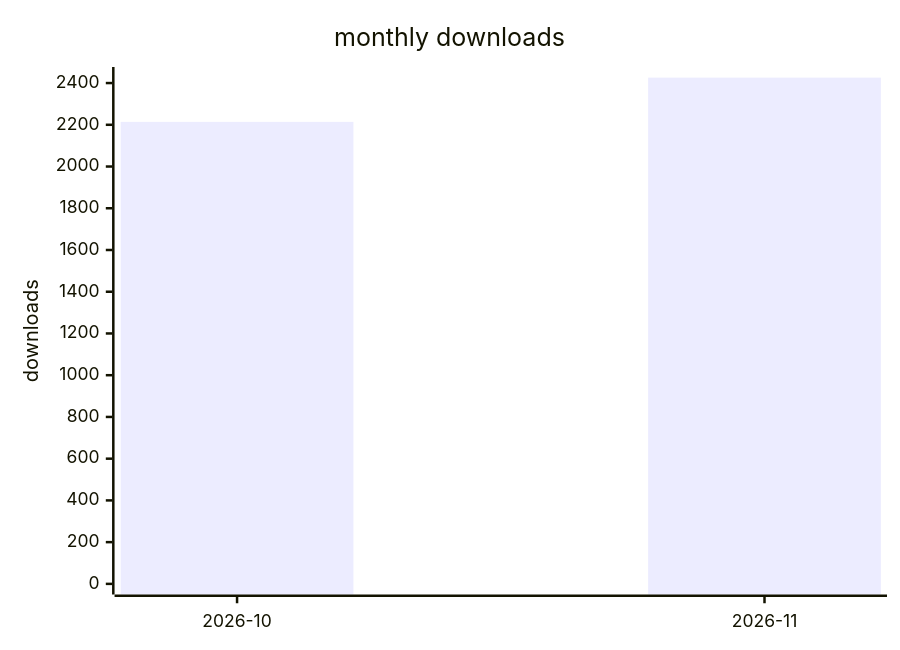
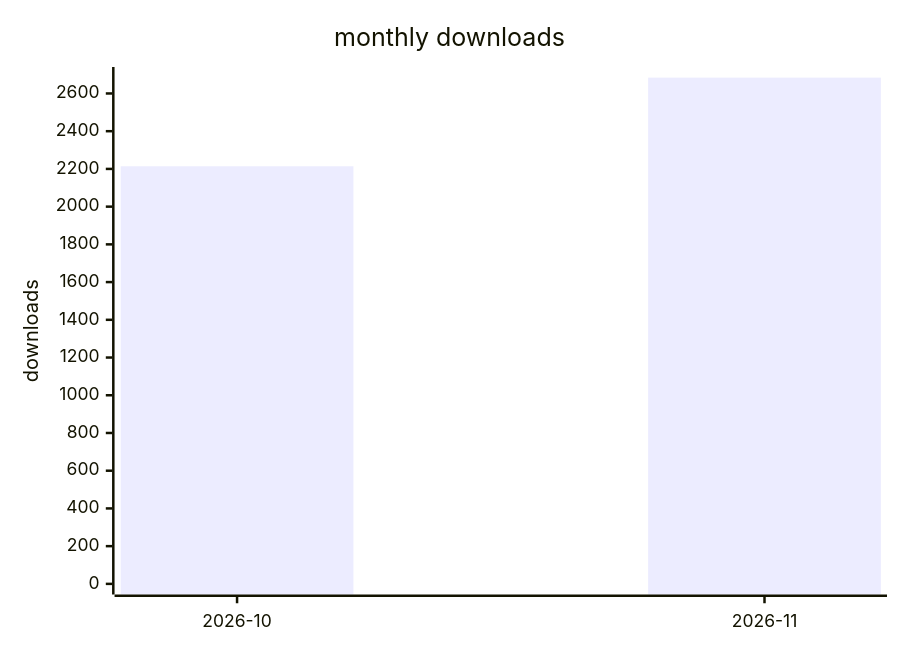
One commit to terry2010/dsh-rss-news-daily changed the second of 2 diagrams in docs/downloads-2026.md. Above: the diagram before and after it, drawn with Mermaid. The commit also changed other lines of this file and 1 other file, not shown here.

````diff
--- a/docs/downloads-2026.md
+++ b/docs/downloads-2026.md
@@ -29,7 +29,7 @@
 ```mermaid
 xychart-beta
     title "monthly downloads"
     x-axis ["2026-10", "2026-11"]
-    y-axis "downloads" 0 --> 2426
-    bar [2214, 2426]
+    y-axis "downloads" 0 --> 2684
+    bar [2214, 2684]
 ```
````
